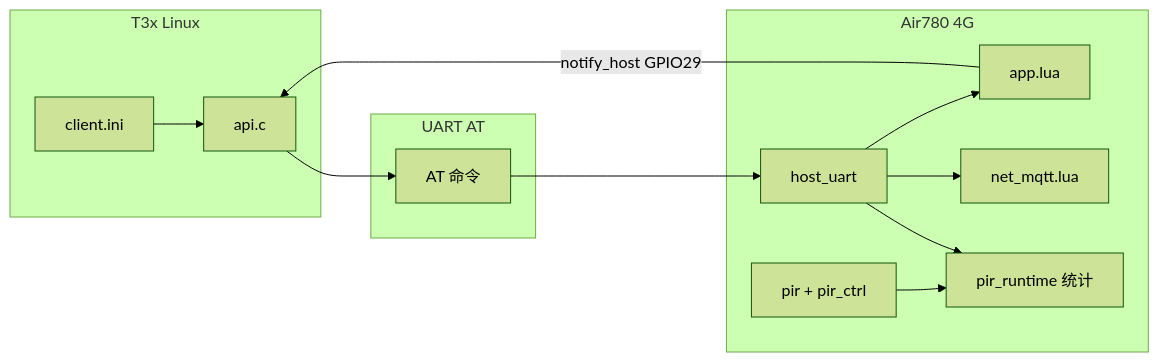
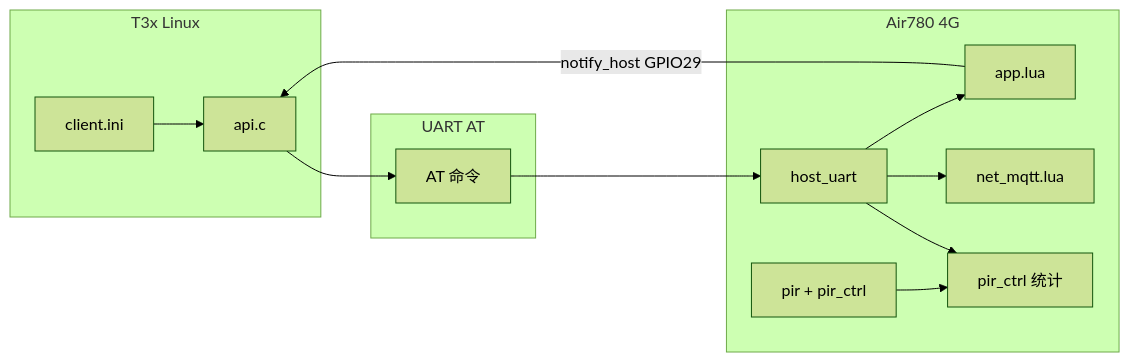
Before and after one commit to dzr1986/AIR780EHM: the first of 2 diagrams in doc/T3X_4G_AT_INTERACTION.md, drawn with Mermaid (forest theme). The commit also changed other lines of this file and 80 other files, not shown here.

````diff
--- a/doc/T3X_4G_AT_INTERACTION.md
+++ b/doc/T3X_4G_AT_INTERACTION.md
@@ -14,25 +14,25 @@
 ```mermaid
 flowchart LR
     subgraph T3xx["T3x Linux"]
         INI[client.ini]
         API[api.c]
     end
     subgraph UART["UART AT"]
         AT[AT 命令]
     end
     subgraph CAT1["Air780 4G"]
         HU[host_uart]
         APP[app.lua]
         NET[net_mqtt.lua]
         PIR[pir + pir_ctrl]
-        RT[pir_runtime 统计]
+        RT[pir_ctrl 统计]
     end
     INI --> API
     API --> AT
     AT --> HU
     HU --> APP
     HU --> NET
     PIR --> RT
     HU --> RT
     APP -->|notify_host GPIO29| API
 ```
````
